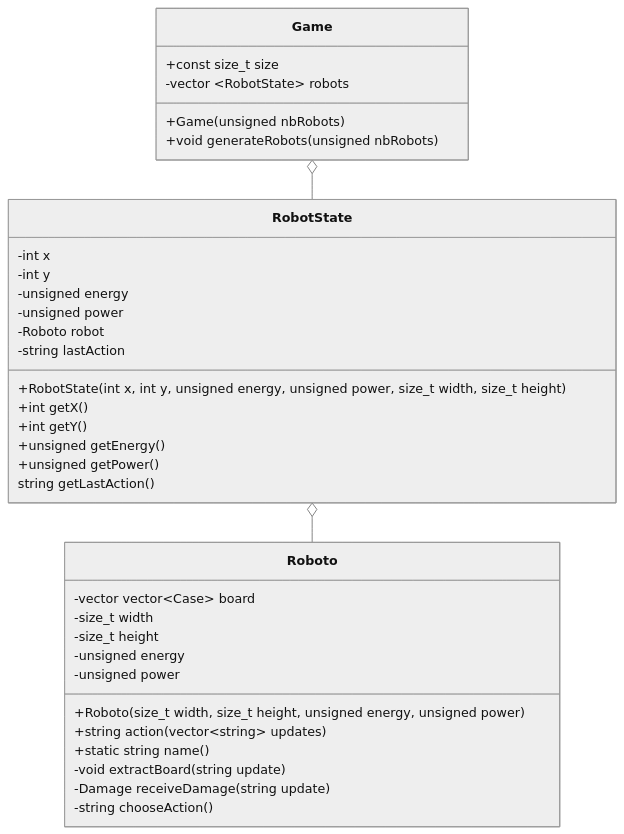
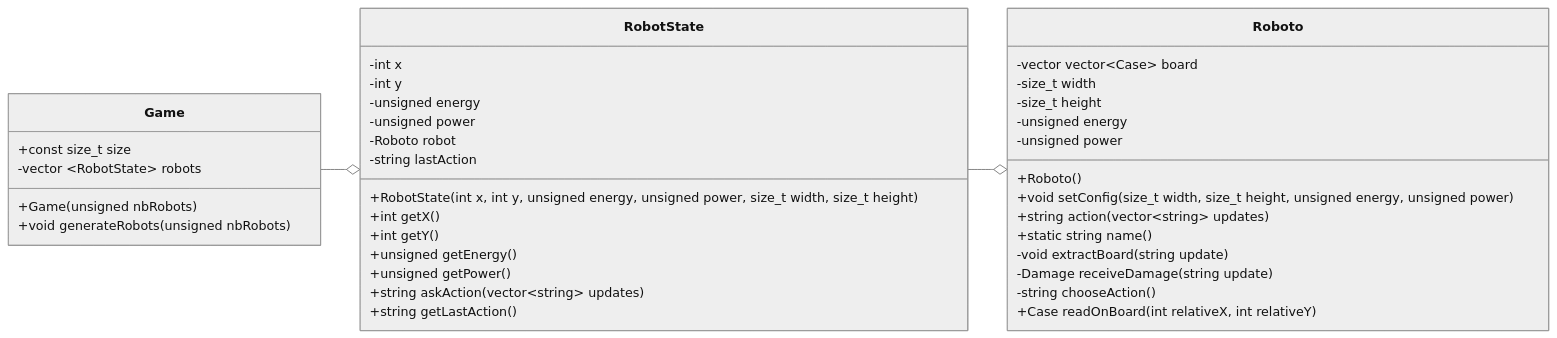
One commit to HEIGVD-PRG1-F-2022/lab06-lastrobotstanding-roboto changed the diagram in README.md. Above: the diagram before and after it, drawn with Mermaid (neutral theme). The commit also changed other lines of this file, not shown here.

Commit message:
update class diagram

````diff
--- a/README.md
+++ b/README.md
@@ -5,39 +5,43 @@
 ```mermaid
 classDiagram
-	direction TB
-	RobotState o-- Roboto
-	Game o-- RobotState
+	direction LR
+	RobotState --o Roboto
+	Game --o RobotState
 	class Roboto {
 		-vector vector~Case~ board
 		-size_t width
 		-size_t height
 		-unsigned energy
 		-unsigned power
-		+Roboto(size_t width, size_t height, unsigned energy, unsigned power)
+		+Roboto()
+		+void setConfig(size_t width, size_t height, unsigned energy, unsigned power)
 		+string action(vector~string~ updates)
 		+static string name()
 		-void extractBoard(string update)
 		-Damage receiveDamage(string update)
 		-string chooseAction()
-	}
-	class Game {
-		+const size_t size
-		-vector ~RobotState~ robots
-		+Game(unsigned nbRobots)
-		+void generateRobots(unsigned nbRobots)
+		+Case readOnBoard(int relativeX, int relativeY)
 	}
 	class RobotState {
 		-int x
 		-int y
 		-unsigned energy
 		-unsigned power
 		-Roboto robot
 		-string lastAction
 		+RobotState(int x, int y, unsigned energy, unsigned power, size_t width, size_t height)
 		+int getX()
 		+int getY()
 		+unsigned getEnergy()
 		+unsigned getPower()
-		string getLastAction()
+		+string askAction(vector~string~ updates)
+		+string getLastAction()
 	}
+	class Game {
+		+const size_t size
+		-vector ~RobotState~ robots
+		+Game(unsigned nbRobots)
+		+void generateRobots(unsigned nbRobots)
+	}
+
 ```
````
